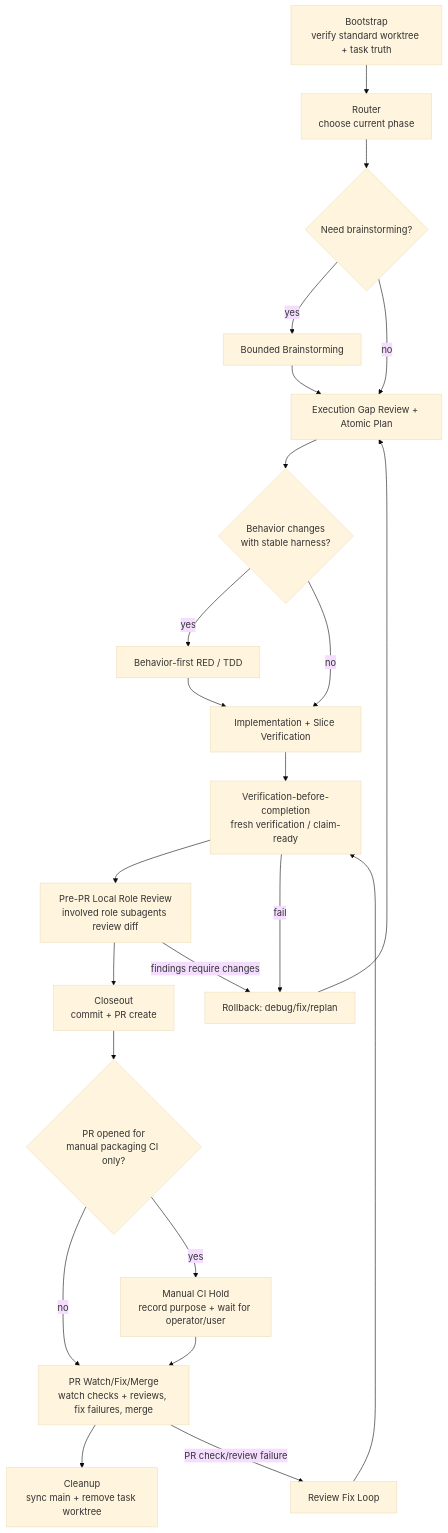
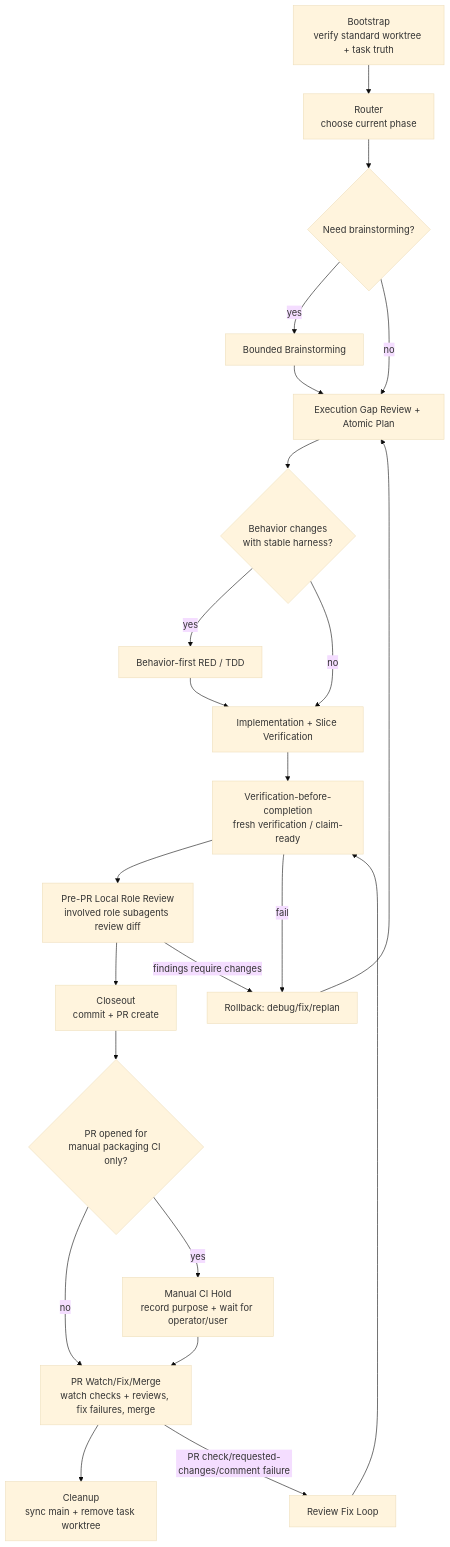
Before and after one commit to eng-cc/oasis7: the diagram in doc/engineering/workflow/source-of-truth.md, drawn with Mermaid (base theme). The commit also changed other lines of this file and 18 other files, not shown here.

````diff
--- a/doc/engineering/workflow/source-of-truth.md
+++ b/doc/engineering/workflow/source-of-truth.md
@@ -15,26 +15,26 @@
 ```mermaid
 flowchart TD
   A[Bootstrap\nverify standard worktree + task truth] --> B[Router\nchoose current phase]
   B --> C{Need brainstorming?}
   C -- yes --> D[Bounded Brainstorming]
   C -- no --> E
   D --> E[Execution Gap Review + Atomic Plan]
   E --> F{Behavior changes\nwith stable harness?}
   F -- yes --> G[Behavior-first RED / TDD]
   F -- no --> H
   G --> H[Implementation + Slice Verification]
   H --> I[Verification-before-completion\nfresh verification / claim-ready]
   I --> M[Pre-PR Local Role Review\ninvolved role subagents review diff]
   M --> J[Closeout\ncommit + PR create]
   J --> N{PR opened for\nmanual packaging CI only?}
   N -- no --> O[PR Watch/Fix/Merge\nwatch checks + reviews, fix failures, merge]
   N -- yes --> P[Manual CI Hold\nrecord purpose + wait for operator/user]
   O --> Q[Cleanup\nsync main + remove task worktree]
   P --> O
 
   I -->|fail| K[Rollback: debug/fix/replan]
   K --> E
   M -->|findings require changes| K
-  O -->|PR check/review failure| L[Review Fix Loop]
+  O -->|PR check/requested-changes/comment failure| L[Review Fix Loop]
   L --> I
 ```
````
